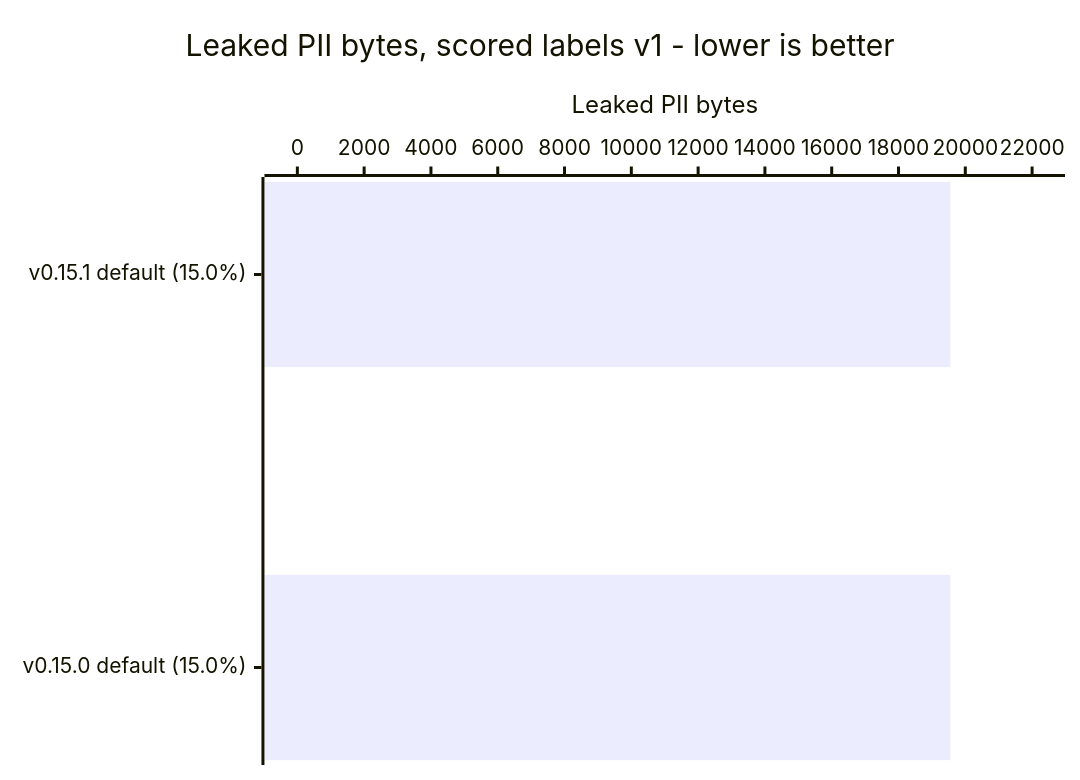
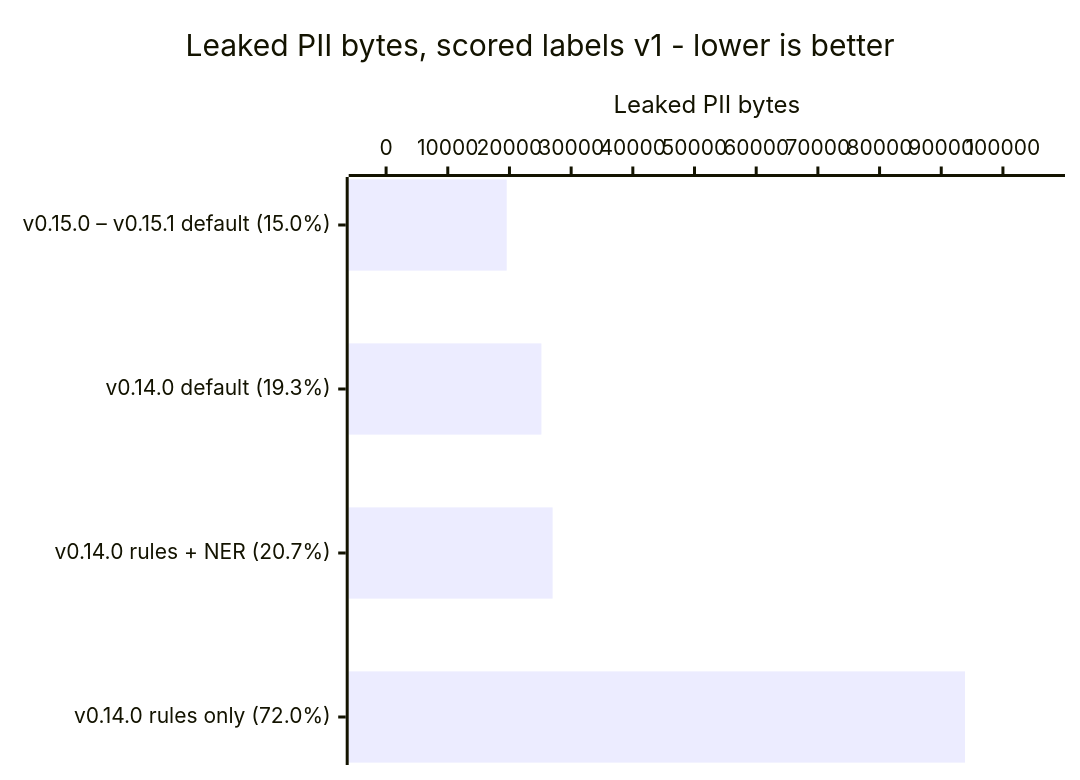
The diagram in README.md (CertaMesh/gaze), drawn with Mermaid before and after one commit. The commit also changed other lines of this file and 4 other files, not shown here.

````diff
--- a/README.md
+++ b/README.md
@@ -32,7 +34,7 @@
 ```mermaid
 xychart-beta horizontal
     title "Leaked PII bytes, scored labels v1 - lower is better"
-    x-axis ["v0.15.1 default (15.0%)", "v0.15.0 default (15.0%)"]
-    y-axis "Leaked PII bytes" 0 --> 22000
-    bar [19556, 19556]
+    x-axis ["v0.15.0 – v0.15.1 default (15.0%)", "v0.14.0 default (19.3%)", "v0.14.0 rules + NER (20.7%)", "v0.14.0 rules only (72.0%)"]
+    y-axis "Leaked PII bytes" 0 --> 104000
+    bar [19556, 25179, 27000, 93850]
 ```
````
